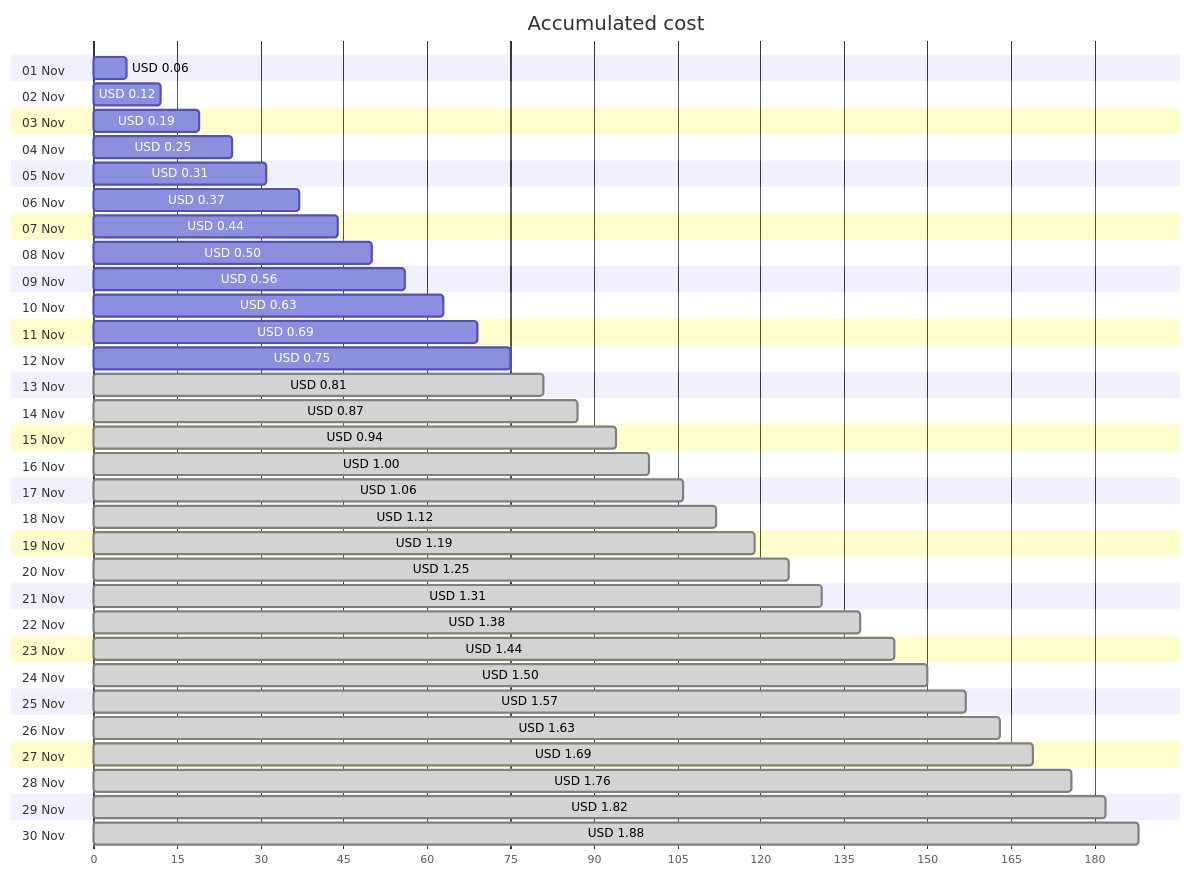
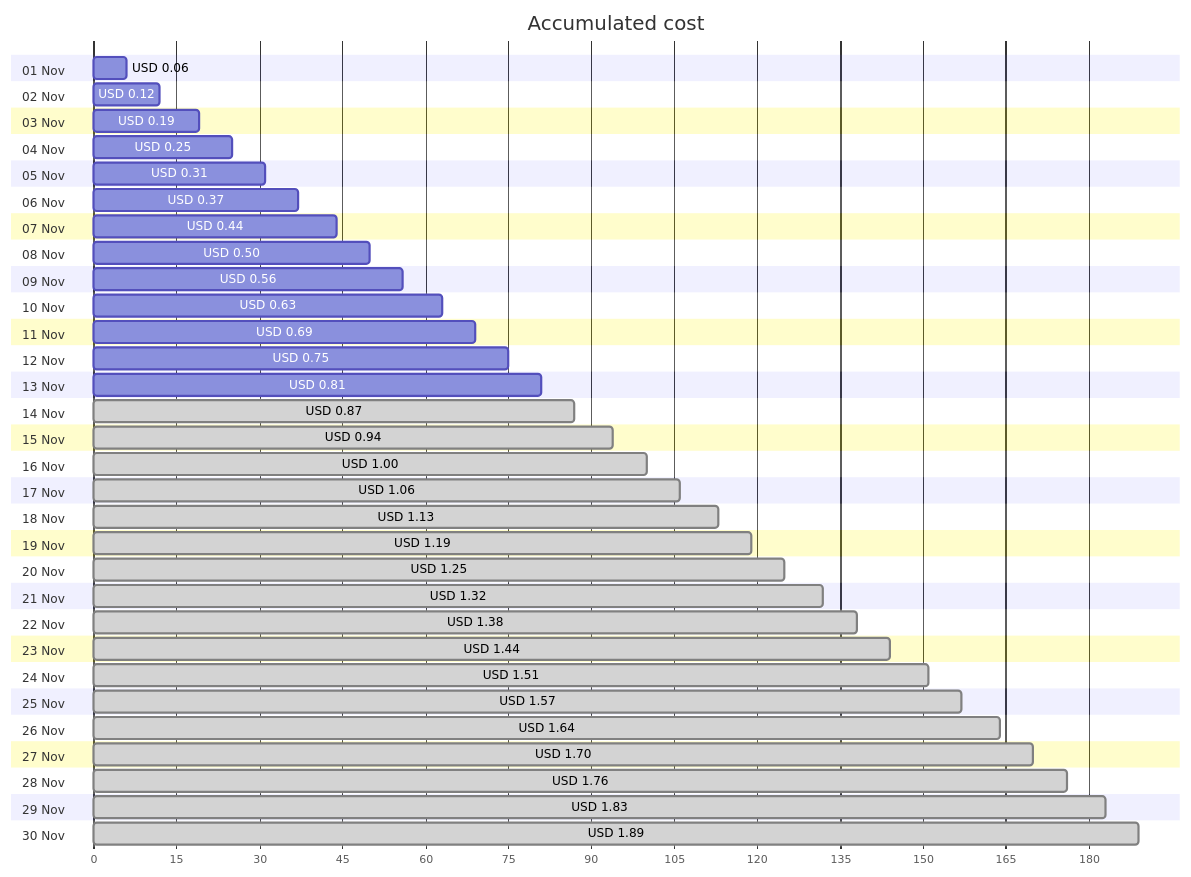
One commit to jpfulton/azure-personal-reports changed the first of 4 diagrams in cost-reports/personal-network/backup-server_OsDisk.md. Above: the diagram before and after it, drawn with Mermaid. The commit also changed other lines of this file and 8 other files, not shown here.

````diff
--- a/cost-reports/personal-network/backup-server_OsDisk.md
+++ b/cost-reports/personal-network/backup-server_OsDisk.md
@@ -20,66 +20,66 @@
 ```mermaid
 gantt
    title Accumulated cost
    dateFormat  X
    axisFormat %s
    section 01 Nov
    USD 0.06 :0, 6
    section 02 Nov
    USD 0.12 :0, 12
    section 03 Nov
    USD 0.19 :0, 19
    section 04 Nov
    USD 0.25 :0, 25
    section 05 Nov
    USD 0.31 :0, 31
    section 06 Nov
    USD 0.37 :0, 37
    section 07 Nov
    USD 0.44 :0, 44
    section 08 Nov
    USD 0.50 :0, 50
    section 09 Nov
    USD 0.56 :0, 56
    section 10 Nov
    USD 0.63 :0, 63
    section 11 Nov
    USD 0.69 :0, 69
    section 12 Nov
    USD 0.75 :0, 75
    section 13 Nov
-   USD 0.81 : done, 0, 81
+   USD 0.81 :0, 81
    section 14 Nov
    USD 0.87 : done, 0, 87
    section 15 Nov
    USD 0.94 : done, 0, 94
    section 16 Nov
    USD 1.00 : done, 0, 100
    section 17 Nov
    USD 1.06 : done, 0, 106
    section 18 Nov
-   USD 1.12 : done, 0, 112
+   USD 1.13 : done, 0, 113
    section 19 Nov
    USD 1.19 : done, 0, 119
    section 20 Nov
    USD 1.25 : done, 0, 125
    section 21 Nov
-   USD 1.31 : done, 0, 131
+   USD 1.32 : done, 0, 132
    section 22 Nov
    USD 1.38 : done, 0, 138
    section 23 Nov
    USD 1.44 : done, 0, 144
    section 24 Nov
-   USD 1.50 : done, 0, 150
+   USD 1.51 : done, 0, 151
    section 25 Nov
    USD 1.57 : done, 0, 157
    section 26 Nov
-   USD 1.63 : done, 0, 163
+   USD 1.64 : done, 0, 164
    section 27 Nov
-   USD 1.69 : done, 0, 169
+   USD 1.70 : done, 0, 170
    section 28 Nov
    USD 1.76 : done, 0, 176
    section 29 Nov
-   USD 1.82 : done, 0, 182
+   USD 1.83 : done, 0, 183
    section 30 Nov
-   USD 1.88 : done, 0, 188
+   USD 1.89 : done, 0, 189
 ```
````
